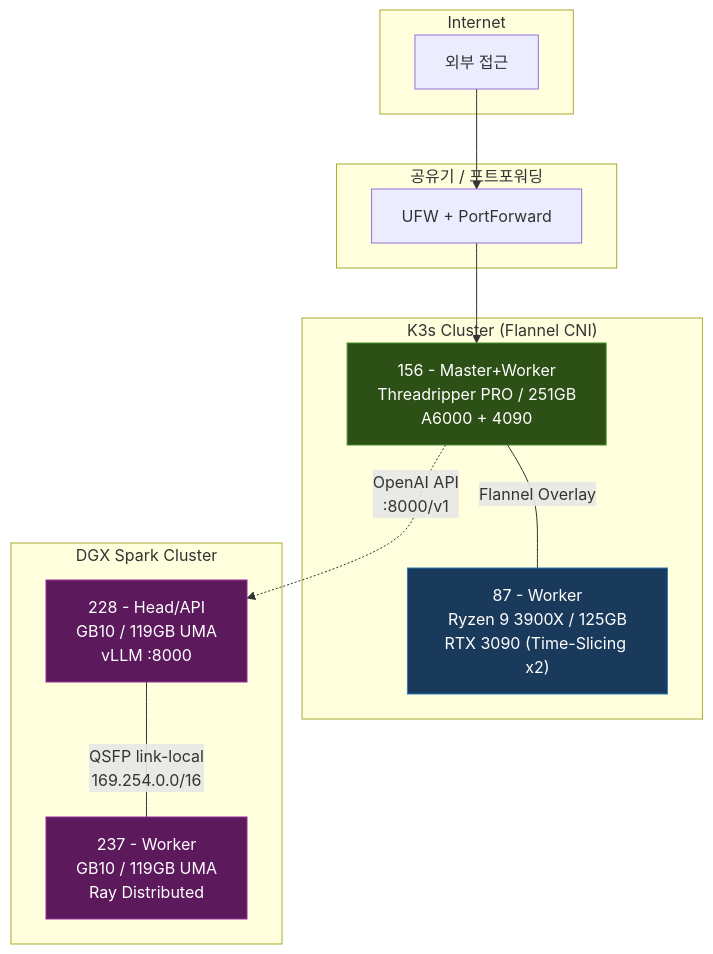
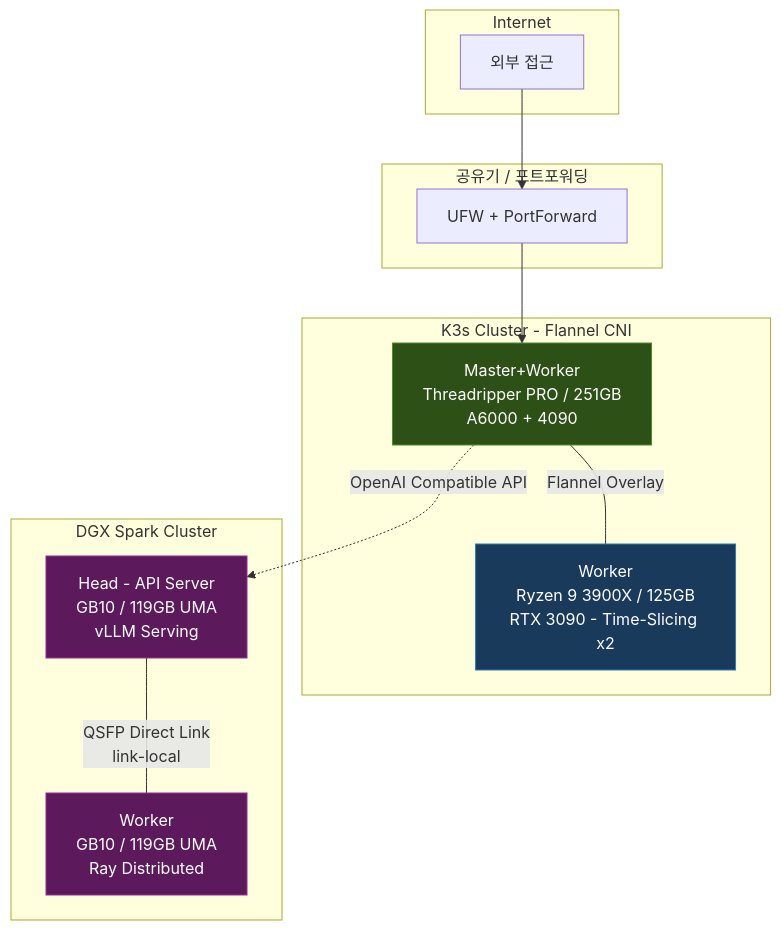
The diagram in _posts/2026-03-25-home-lab-architecture.md (whguswka/whguswka.github.io), drawn with Mermaid before and after one commit. The commit also changed other lines of this file and 1 other file, not shown here.

Commit message:
Remove all sensitive info: IPs, ports, internal paths from blog posts

````diff
--- a/_posts/2026-03-25-home-lab-architecture.md
+++ b/_posts/2026-03-25-home-lab-architecture.md
@@ -56,31 +56,31 @@
 ```mermaid
 graph TB
     subgraph Internet
         EXT[외부 접근]
     end
 
     subgraph Router["공유기 / 포트포워딩"]
         FW[UFW + PortForward]
     end
 
-    subgraph K3s["K3s Cluster (Flannel CNI)"]
-        M["156 - Master+Worker<br/>Threadripper PRO / 251GB<br/>A6000 + 4090"]
-        W["87 - Worker<br/>Ryzen 9 3900X / 125GB<br/>RTX 3090 (Time-Slicing x2)"]
+    subgraph K3s["K3s Cluster - Flannel CNI"]
+        M["Master+Worker<br/>Threadripper PRO / 251GB<br/>A6000 + 4090"]
+        W["Worker<br/>Ryzen 9 3900X / 125GB<br/>RTX 3090 - Time-Slicing x2"]
         M --- |Flannel Overlay| W
     end
 
     subgraph DGX["DGX Spark Cluster"]
-        H["228 - Head/API<br/>GB10 / 119GB UMA<br/>vLLM :8000"]
-        WK["237 - Worker<br/>GB10 / 119GB UMA<br/>Ray Distributed"]
-        H ---|QSFP link-local<br/>169.254.0.0/16| WK
+        H["Head - API Server<br/>GB10 / 119GB UMA<br/>vLLM Serving"]
+        WK["Worker<br/>GB10 / 119GB UMA<br/>Ray Distributed"]
+        H ---|QSFP Direct Link<br/>link-local| WK
     end
 
     EXT --> FW
     FW --> M
-    M -.->|OpenAI API<br/>:8000/v1| H
+    M -.->|OpenAI Compatible API| H
 
     style M fill:#2d5016,stroke:#4a8c2a,color:#fff
     style W fill:#1a3a5c,stroke:#2e7bb5,color:#fff
     style H fill:#5c1a5c,stroke:#9b2d9b,color:#fff
     style WK fill:#5c1a5c,stroke:#9b2d9b,color:#fff
 ```
````
